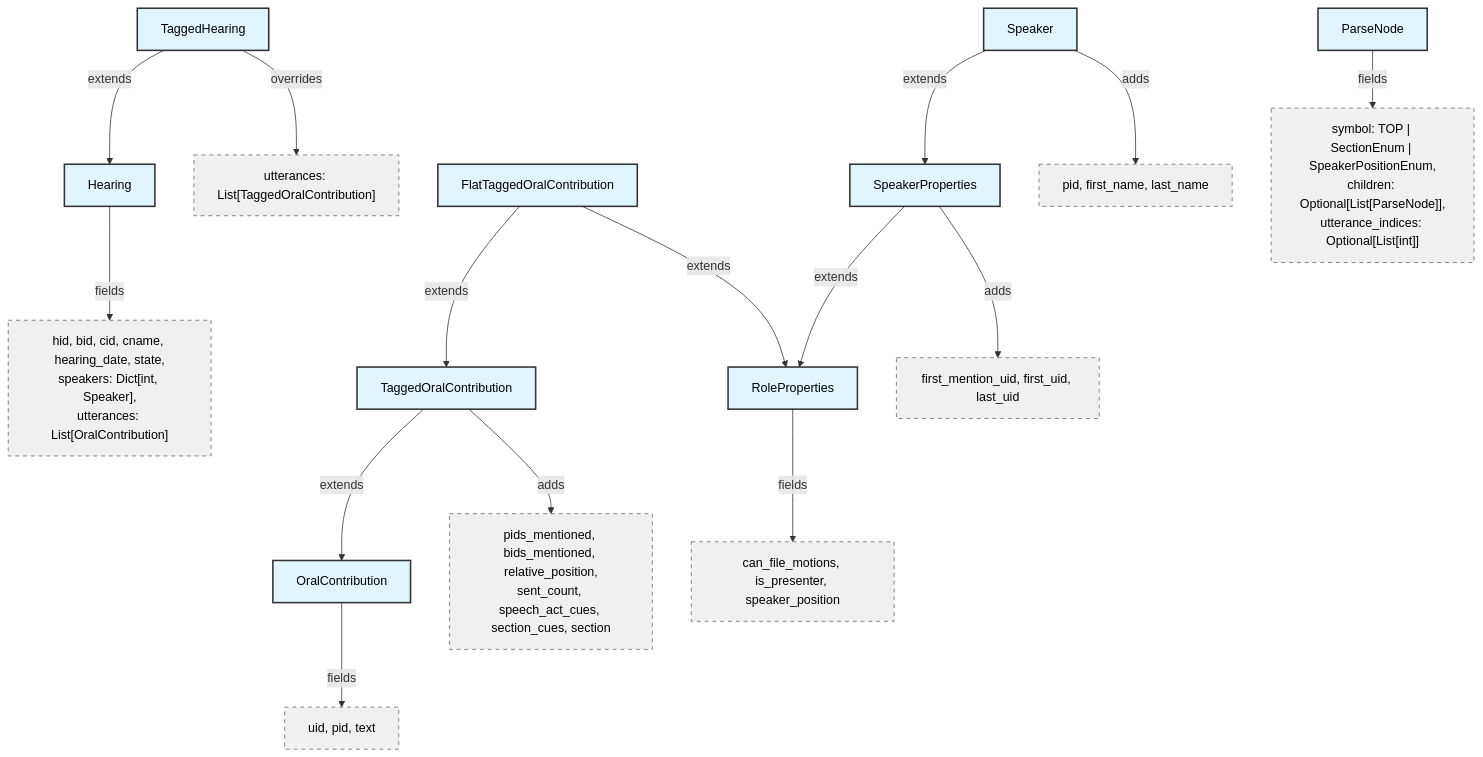
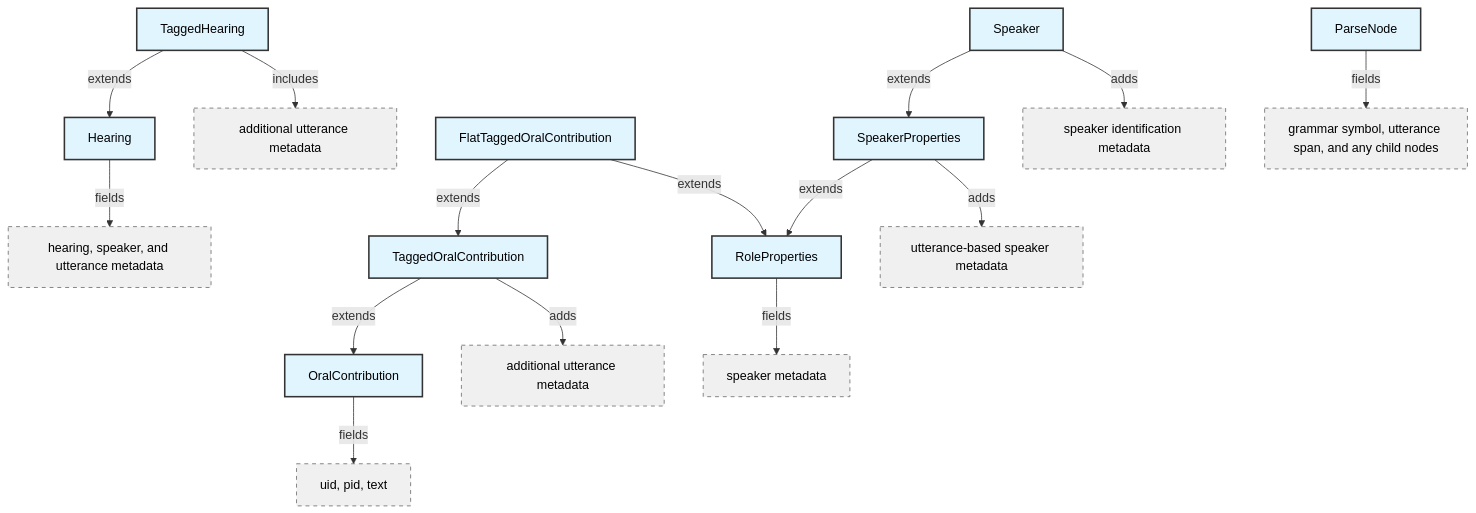
Before and after one commit to IsaacFigNewton/CommitteeHearingDiscourseParser: the first of 2 diagrams in README.md, drawn with Mermaid. The commit also changed other lines of this file, not shown here.

````diff
--- a/README.md
+++ b/README.md
@@ -33,40 +33,40 @@
 ```mermaid
 graph TD
     %% Hearing hierarchy
     Hearing[Hearing]
-    Hearing -->|fields| hearing_fields["hid, bid, cid, cname, hearing_date, state,<br/>speakers: Dict[int, Speaker],<br/>utterances: List[OralContribution]"]
+    Hearing -->|fields| hearing_fields["hearing, speaker, and utterance metadata"]
     TaggedHearing[TaggedHearing]
     TaggedHearing -->|extends| Hearing
-    TaggedHearing -->|overrides| tagged_fields["utterances: List[TaggedOralContribution]"]
+    TaggedHearing -->|includes| tagged_fields["additional utterance metadata"]
 
     %% OralContribution hierarchy
     OralContribution[OralContribution]
     OralContribution -->|fields| oral_fields["uid, pid, text"]
     TaggedOralContribution[TaggedOralContribution]
     TaggedOralContribution -->|extends| OralContribution
-    TaggedOralContribution -->|adds| tagged_oral_fields["pids_mentioned, bids_mentioned, relative_position,<br/>sent_count, speech_act_cues, section_cues, section"]
+    TaggedOralContribution -->|adds| tagged_oral_fields["additional utterance metadata"]
     FlatTaggedOralContribution[FlatTaggedOralContribution]
     FlatTaggedOralContribution -->|extends| TaggedOralContribution
     FlatTaggedOralContribution -->|extends| RoleProperties
 
     %% Speaker property hierarchy
     RoleProperties[RoleProperties]
-    RoleProperties -->|fields| role_fields["can_file_motions, is_presenter, speaker_position"]
+    RoleProperties -->|fields| role_fields["speaker metadata"]
     SpeakerProperties[SpeakerProperties]
     SpeakerProperties -->|extends| RoleProperties
-    SpeakerProperties -->|adds| tracking_fields["first_mention_uid, first_uid, last_uid"]
+    SpeakerProperties -->|adds| tracking_fields["utterance-based speaker metadata"]
     Speaker[Speaker]
     Speaker -->|extends| SpeakerProperties
-    Speaker -->|adds| speaker_fields["pid, first_name, last_name"]
+    Speaker -->|adds| speaker_fields["speaker identification metadata"]
 
     %% Other classes
     ParseNode[ParseNode]
-    ParseNode -->|fields| parse_fields["symbol: TOP | SectionEnum | SpeakerPositionEnum,<br/>children: Optional[List[ParseNode]],<br/>utterance_indices: Optional[List[int]]"]
+    ParseNode -->|fields| parse_fields["grammar symbol, utterance span, and any child nodes"]
 
     %% Styling
     classDef dataclass fill:#e1f5ff,stroke:#333,stroke-width:2px,color:#000
     classDef fieldNode fill:#f0f0f0,stroke:#666,stroke-width:1px,color:#000,stroke-dasharray: 5 5
 
     class Hearing,TaggedHearing,OralContribution,TaggedOralContribution,FlatTaggedOralContribution,RoleProperties,PositionRoleProperties,SpeakerProperties,Speaker,ParseNode dataclass
     class hearing_fields,tagged_fields,oral_fields,tagged_oral_fields,role_fields,position_fields,tracking_fields,speaker_fields,parse_fields fieldNode
 ```
````
